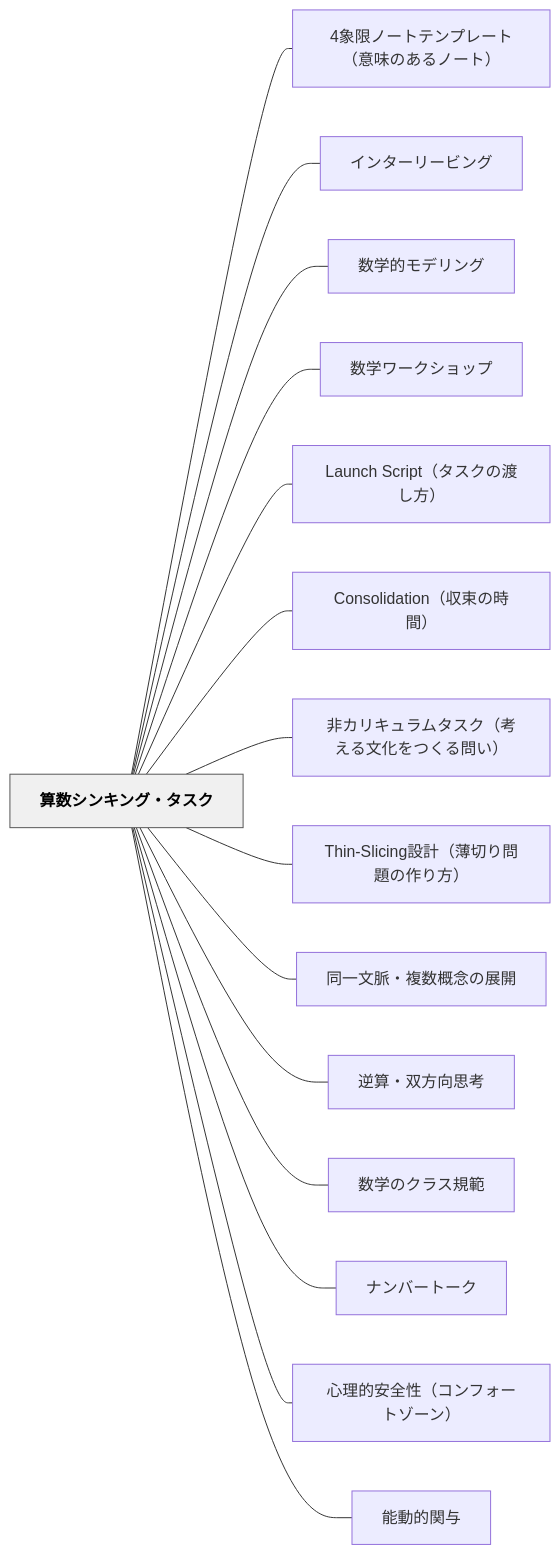
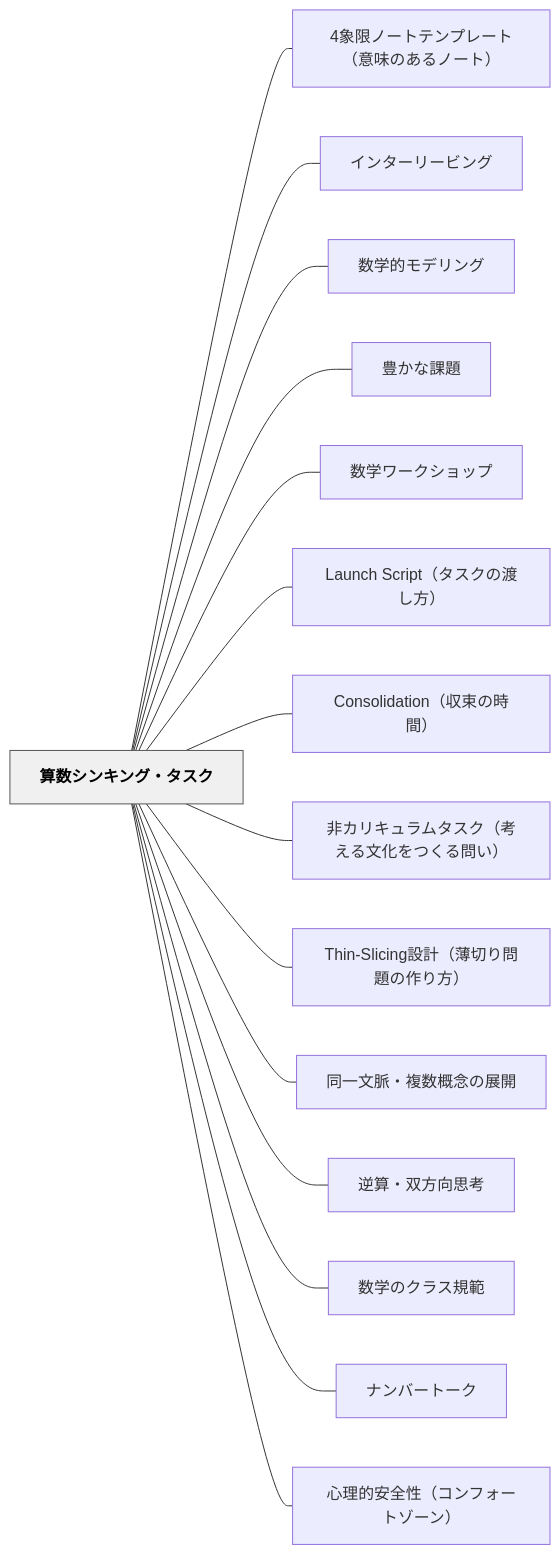
One commit to unknownthings-ed-patterns/unknownthings-ed-patterns changed the diagram in content/パタン/算数シンキング・タスク.md. Above: the diagram before and after it, drawn with Mermaid. The commit also changed other lines of this file and 6 other files, not shown here.

````diff
--- a/content/パタン/算数シンキング・タスク.md
+++ b/content/パタン/算数シンキング・タスク.md
@@ -158,36 +161,36 @@
 ```mermaid
 flowchart LR
     ne7ae97e695b0e382b7e383b3e382ade383b3e382b0e383bbe382bfe382b9e382af["算数シンキング・タスク"]
     n34e8b1a1e99990e3838ee383bce38388e38386e383b3e38397e383ace383bce38388efbc88e6848fe591b3e381aee38182e3828be3838ee383bce38388efbc89["4象限ノートテンプレート（意味のあるノート）"]
     ne382a4e383b3e382bfe383bce383aae383bce38393e383b3e382b0["インターリービング"]
     ne695b0e5ada6e79a84e383a2e38387e383aae383b3e382b0["数学的モデリング"]
+    ne8b18ae3818be381aae8aab2e9a18c["豊かな課題"]
     ne695b0e5ada6e383afe383bce382afe382b7e383a7e38383e38397["数学ワークショップ"]
     n4c61756e636820536372697074efbc88e382bfe382b9e382afe381aee6b8a1e38197e696b9efbc89["Launch Script（タスクの渡し方）"]
     n436f6e736f6c69646174696f6eefbc88e58f8ee69d9fe381aee69982e99693efbc89["Consolidation（収束の時間）"]
     ne99d9ee382abe383aae382ade383a5e383a9e383a0e382bfe382b9e382afefbc88e88083e38188e3828be69687e58c96e38292e381a4e3818fe3828be5958fe38184efbc89["非カリキュラムタスク（考える文化をつくる問い）"]
     n5468696e2d536c6963696e67e8a8ade8a888efbc88e89684e58887e3828ae5958fe9a18ce381aee4bd9ce3828ae696b9efbc89["Thin-Slicing設計（薄切り問題の作り方）"]
     ne5908ce4b880e69687e88488e383bbe8a487e695b0e6a682e5bfb5e381aee5b195e9968b["同一文脈・複数概念の展開"]
     ne98086e7ae97e383bbe58f8ce696b9e59091e6809de88083["逆算・双方向思考"]
     ne695b0e5ada6e381aee382afe383a9e382b9e8a68fe7af84["数学のクラス規範"]
     ne3838ae383b3e38390e383bce38388e383bce382af["ナンバートーク"]
     ne5bf83e79086e79a84e5ae89e585a8e680a7efbc88e382b3e383b3e38395e382a9e383bce38388e382bee383bce383b3efbc89["心理的安全性（コンフォートゾーン）"]
-    ne883bde58b95e79a84e996a2e4b88e["能動的関与"]
 
     ne7ae97e695b0e382b7e383b3e382ade383b3e382b0e383bbe382bfe382b9e382af --- n34e8b1a1e99990e3838ee383bce38388e38386e383b3e38397e383ace383bce38388efbc88e6848fe591b3e381aee38182e3828be3838ee383bce38388efbc89
     ne7ae97e695b0e382b7e383b3e382ade383b3e382b0e383bbe382bfe382b9e382af --- ne382a4e383b3e382bfe383bce383aae383bce38393e383b3e382b0
     ne7ae97e695b0e382b7e383b3e382ade383b3e382b0e383bbe382bfe382b9e382af --- ne695b0e5ada6e79a84e383a2e38387e383aae383b3e382b0
+    ne7ae97e695b0e382b7e383b3e382ade383b3e382b0e383bbe382bfe382b9e382af --- ne8b18ae3818be381aae8aab2e9a18c
     ne7ae97e695b0e382b7e383b3e382ade383b3e382b0e383bbe382bfe382b9e382af --- ne695b0e5ada6e383afe383bce382afe382b7e383a7e38383e38397
     ne7ae97e695b0e382b7e383b3e382ade383b3e382b0e383bbe382bfe382b9e382af --- n4c61756e636820536372697074efbc88e382bfe382b9e382afe381aee6b8a1e38197e696b9efbc89
     ne7ae97e695b0e382b7e383b3e382ade383b3e382b0e383bbe382bfe382b9e382af --- n436f6e736f6c69646174696f6eefbc88e58f8ee69d9fe381aee69982e99693efbc89
     ne7ae97e695b0e382b7e383b3e382ade383b3e382b0e383bbe382bfe382b9e382af --- ne99d9ee382abe383aae382ade383a5e383a9e383a0e382bfe382b9e382afefbc88e88083e38188e3828be69687e58c96e38292e381a4e3818fe3828be5958fe38184efbc89
     ne7ae97e695b0e382b7e383b3e382ade383b3e382b0e383bbe382bfe382b9e382af --- n5468696e2d536c6963696e67e8a8ade8a888efbc88e89684e58887e3828ae5958fe9a18ce381aee4bd9ce3828ae696b9efbc89
     ne7ae97e695b0e382b7e383b3e382ade383b3e382b0e383bbe382bfe382b9e382af --- ne5908ce4b880e69687e88488e383bbe8a487e695b0e6a682e5bfb5e381aee5b195e9968b
     ne7ae97e695b0e382b7e383b3e382ade383b3e382b0e383bbe382bfe382b9e382af --- ne98086e7ae97e383bbe58f8ce696b9e59091e6809de88083
     ne7ae97e695b0e382b7e383b3e382ade383b3e382b0e383bbe382bfe382b9e382af --- ne695b0e5ada6e381aee382afe383a9e382b9e8a68fe7af84
     ne7ae97e695b0e382b7e383b3e382ade383b3e382b0e383bbe382bfe382b9e382af --- ne3838ae383b3e38390e383bce38388e383bce382af
     ne7ae97e695b0e382b7e383b3e382ade383b3e382b0e383bbe382bfe382b9e382af --- ne5bf83e79086e79a84e5ae89e585a8e680a7efbc88e382b3e383b3e38395e382a9e383bce38388e382bee383bce383b3efbc89
-    ne7ae97e695b0e382b7e383b3e382ade383b3e382b0e383bbe382bfe382b9e382af --- ne883bde58b95e79a84e996a2e4b88e
 
     classDef hub fill:#f0f0f0,stroke:#555,color:#000,font-weight:bold
     class ne7ae97e695b0e382b7e383b3e382ade383b3e382b0e383bbe382bfe382b9e382af hub
 ```
````
